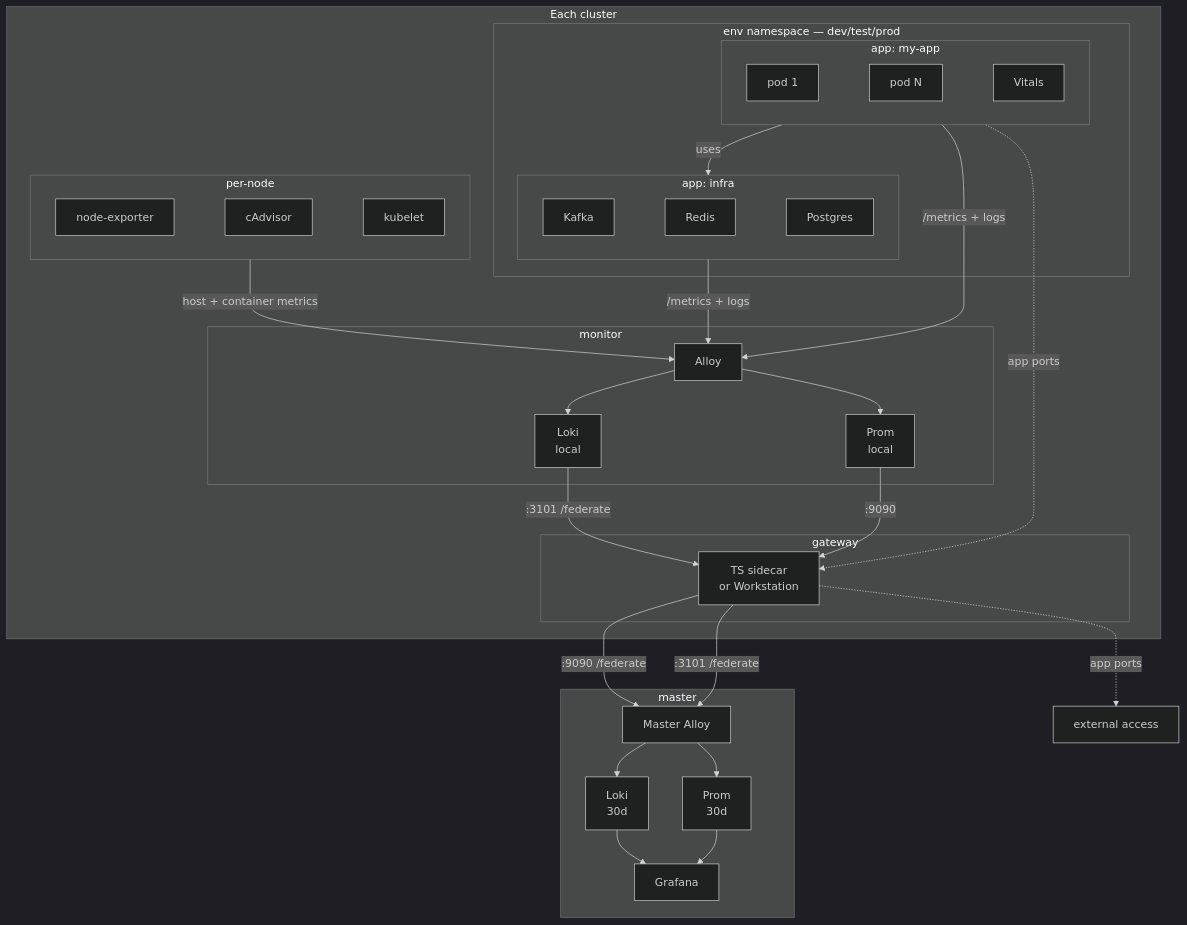
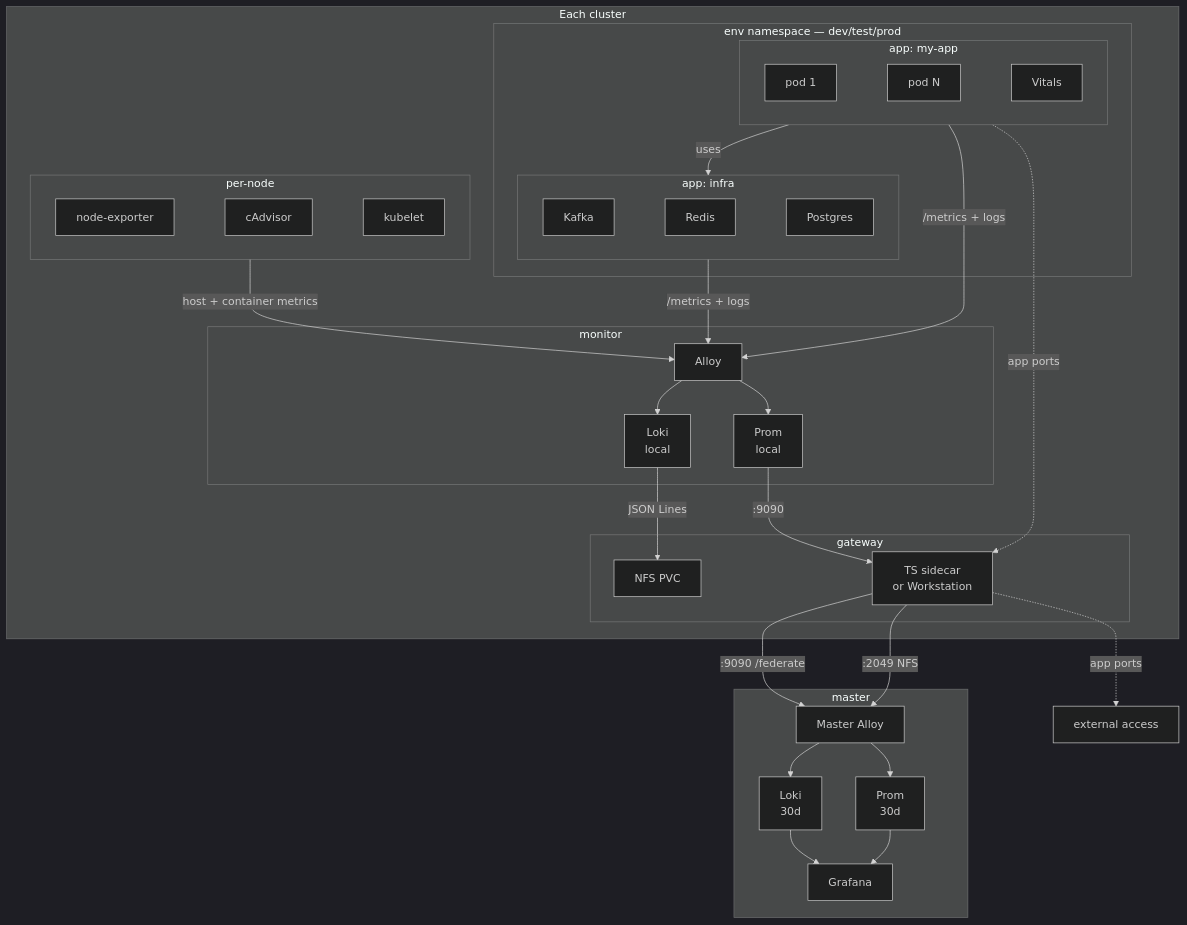
The fourth of 4 diagrams in docs/infrastructure.md (Kord96/kordinate), drawn with Mermaid (dark theme) before and after one commit. The commit also changed other lines of this file and 6 other files, not shown here.

````diff
--- a/docs/infrastructure.md
+++ b/docs/infrastructure.md
@@ -97,50 +97,51 @@
 ```mermaid
 flowchart TB
     subgraph cluster[Each cluster]
         subgraph env[env namespace — dev/test/prod]
             subgraph myapp["app: my-app"]
                 P1[pod 1]
                 PN[pod N]
                 VIT[Vitals]
                 P1 ~~~ PN ~~~ VIT
             end
             subgraph infra["app: infra"]
                 KF[Kafka]
                 RD[Redis]
                 PG[Postgres]
                 KF ~~~ RD ~~~ PG
             end
         end
 
         subgraph nodes[per-node]
             NE[node-exporter]
             CA[cAdvisor]
             KL[kubelet]
             NE ~~~ CA ~~~ KL
         end
 
         subgraph mon[monitor]
             AL[Alloy] --> LK[Loki<br/>local] & PR[Prom<br/>local]
         end
 
         subgraph gw[gateway]
             GWT[TS sidecar<br/>or Workstation]
+            NFS[NFS PVC]
         end
 
         myapp -->|uses| infra
         myapp & infra -->|/metrics + logs| AL
         nodes -->|host + container metrics| AL
         PR -->|:9090| GWT
-        LK -->|:3101 /federate| GWT
+        LK -->|JSON Lines| NFS
         myapp -.->|app ports| GWT
     end
 
     GWT -->|:9090 /federate| MA
-    GWT -->|:3101 /federate| MA
+    GWT -->|:2049 NFS| MA
     GWT -.->|app ports| EXT[external access]
 
     subgraph master[master]
         MA[Master Alloy] --> ML[Loki<br/>30d] & MP[Prom<br/>30d]
         MP & ML --> G[Grafana]
     end
 ```
````
